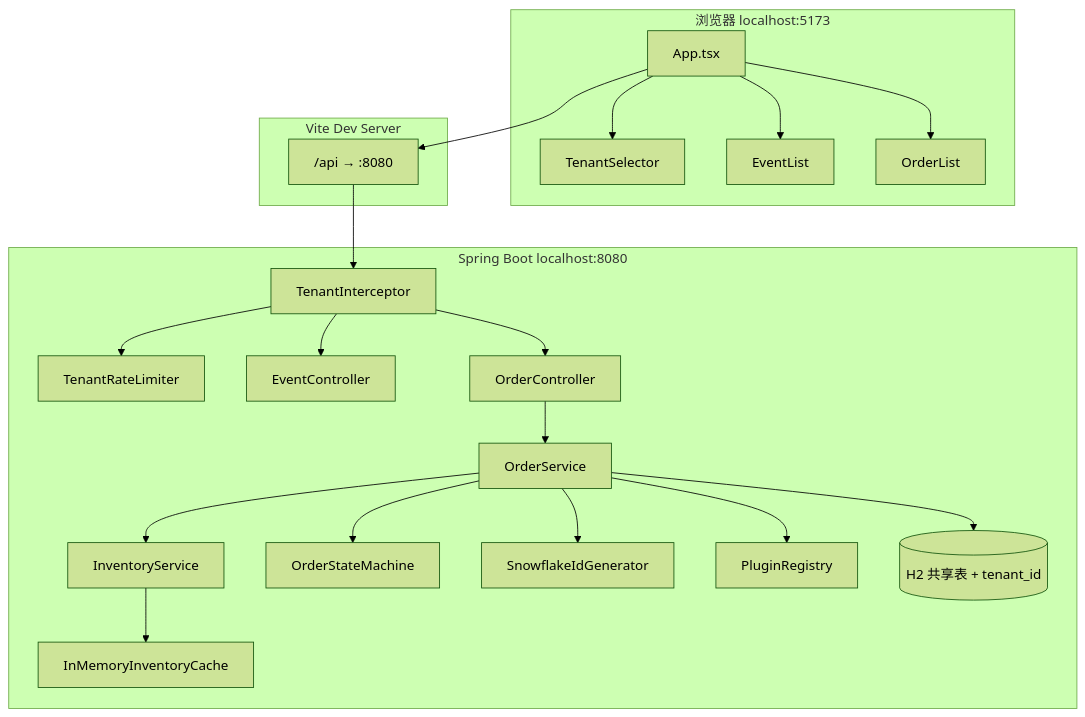
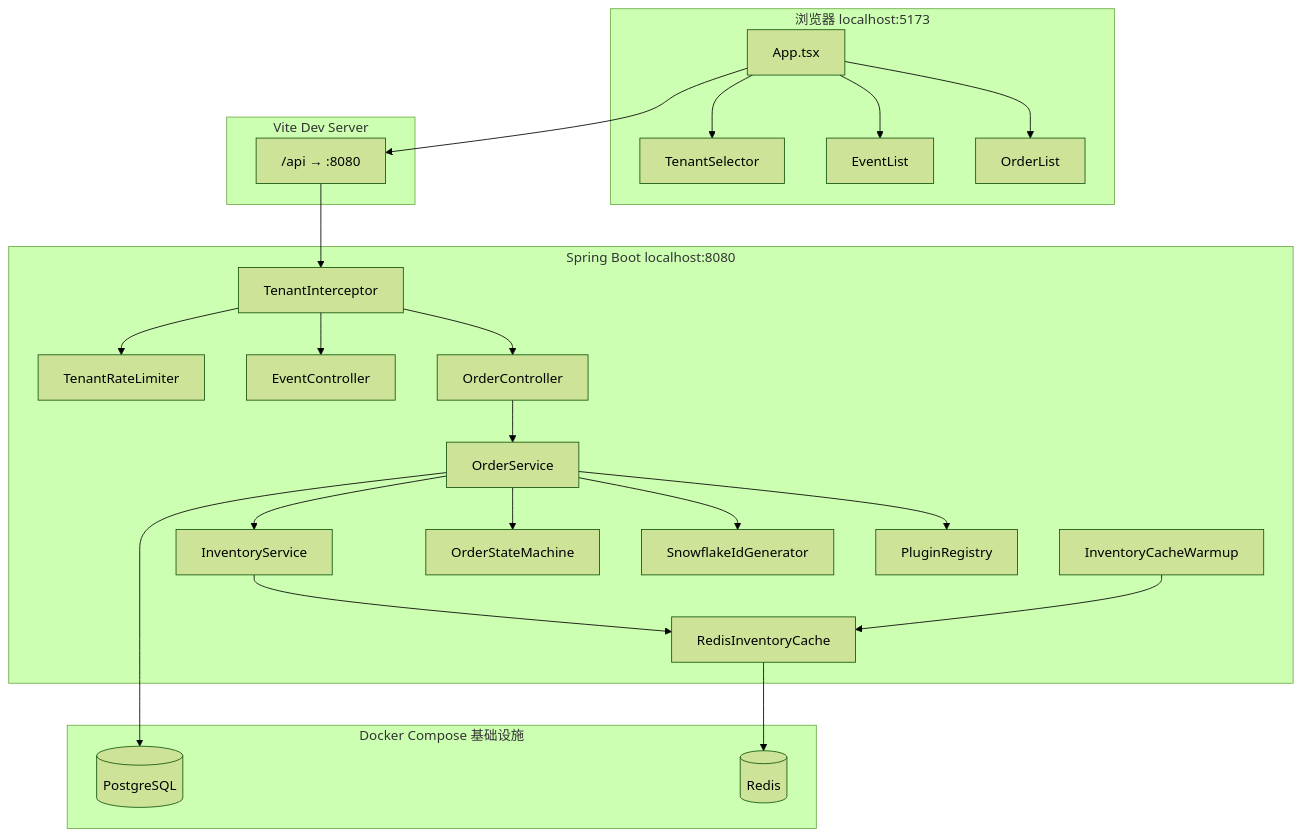
One commit to liweinan/ticket_demo changed the diagram in docs/ARCHITECTURE.md. Above: the diagram before and after it, drawn with Mermaid (forest theme). The commit also changed other lines of this file and 14 other files, not shown here.

First line of the commit message:
Replace H2 and in-memory cache with containerized PostgreSQL and Redis.

````diff
--- a/docs/ARCHITECTURE.md
+++ b/docs/ARCHITECTURE.md
@@ -9,42 +9,49 @@
 ```mermaid
 flowchart TB
   subgraph browser [浏览器 localhost:5173]
     App[App.tsx]
     TenantSel[TenantSelector]
     EventList[EventList]
     OrderList[OrderList]
     App --> TenantSel
     App --> EventList
     App --> OrderList
   end
 
   subgraph vite [Vite Dev Server]
     Proxy["/api → :8080"]
   end
 
+  subgraph infra [Docker Compose 基础设施]
+    PG[(PostgreSQL)]
+    RD[(Redis)]
+  end
+
   subgraph backend [Spring Boot localhost:8080]
     TI[TenantInterceptor]
     RL[TenantRateLimiter]
     EC[EventController]
     OC[OrderController]
     OS[OrderService]
     IS[InventoryService]
-    IC[InMemoryInventoryCache]
+    IC[RedisInventoryCache]
+    WU[InventoryCacheWarmup]
     SM[OrderStateMachine]
     SF[SnowflakeIdGenerator]
     PR[PluginRegistry]
-    DB[(H2 共享表 + tenant_id)]
     App --> Proxy
     Proxy --> TI
     TI --> RL
     TI --> EC
     TI --> OC
     OC --> OS
     OS --> IS
     OS --> SM
     OS --> SF
     OS --> PR
     IS --> IC
-    OS --> DB
+    IC --> RD
+    WU --> IC
+    OS --> PG
   end
 ```
````
